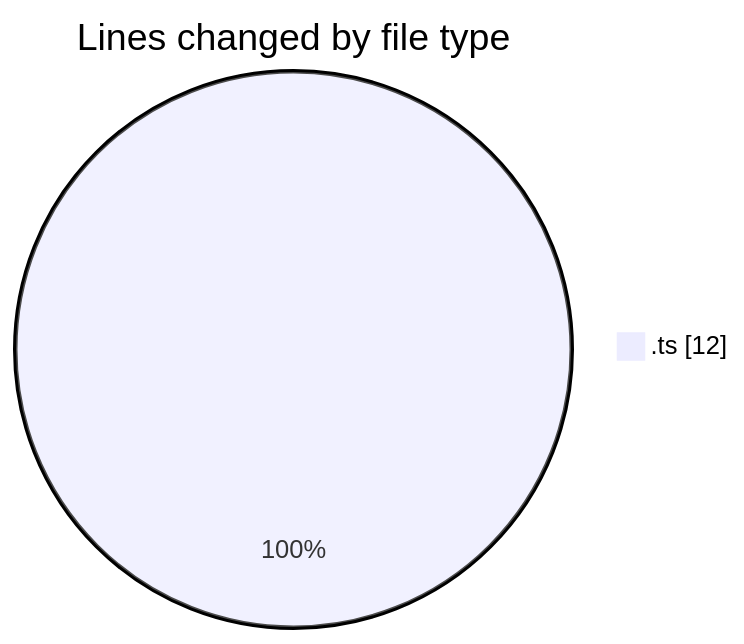
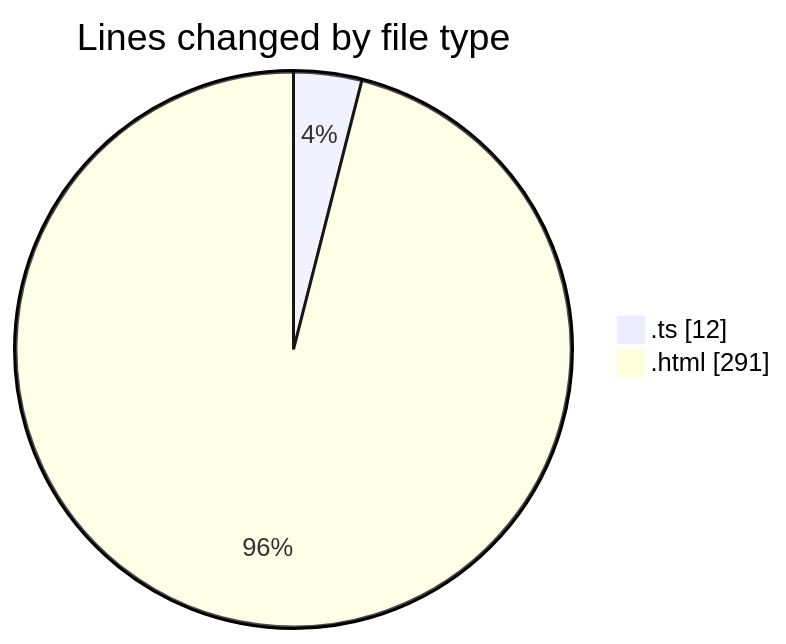
The first of 2 diagrams in 2025-12-29/budget_front_nest/README.md (igalym/code-tracking), drawn with Mermaid before and after one commit. The commit also changed other lines of this file and 1 other file, not shown here.

````diff
--- a/2025-12-29/budget_front_nest/README.md
+++ b/2025-12-29/budget_front_nest/README.md
@@ -20,5 +21,6 @@
 ```mermaid
 pie showData
 title Lines changed by file type
 ".ts" : 12
+".html" : 291
 ```
````
